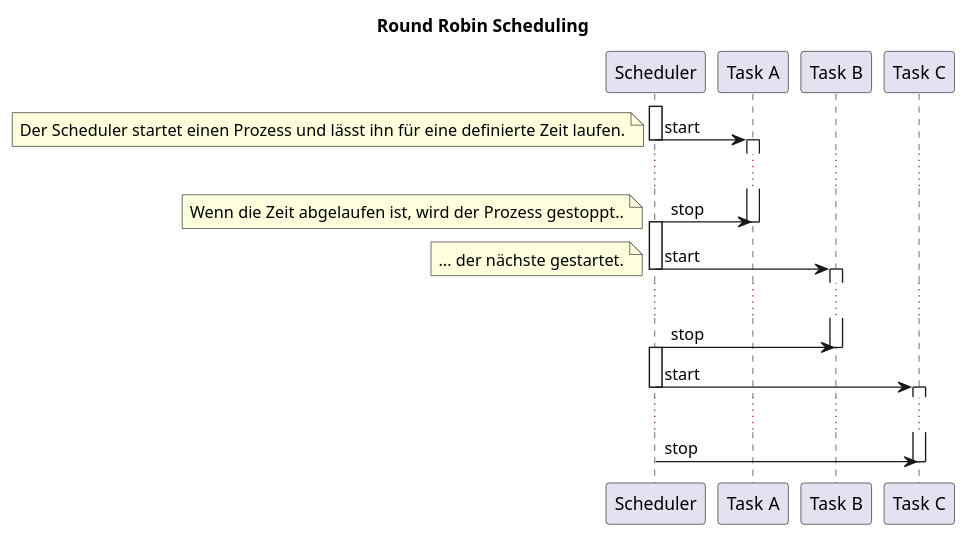
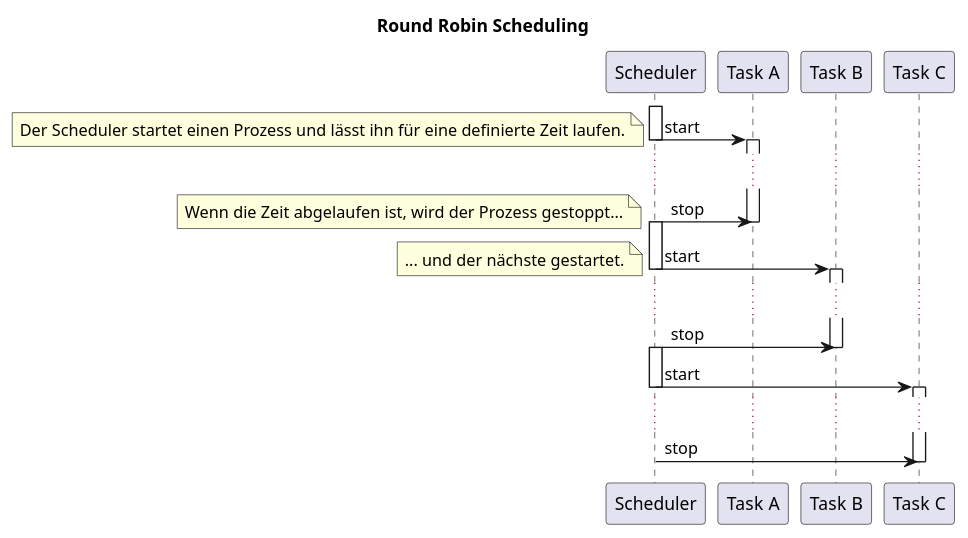
Before and after one commit to fhirter/Microcomputertechnik: the diagram in Diagrams/RoundRobinScheduling.puml, drawn with PlantUML.

```diff
--- a/Diagrams/RoundRobinScheduling.puml
+++ b/Diagrams/RoundRobinScheduling.puml
@@ -1,34 +1,34 @@
 @startuml
 
 title Round Robin Scheduling
 
 activate Scheduler
 Scheduler -> "Task A": start
 note left
 Der Scheduler startet einen Prozess und lässt ihn für eine definierte Zeit laufen.
 end note
 deactivate Scheduler
 activate "Task A"
 ...
 Scheduler -> "Task A": stop
-note left: Wenn die Zeit abgelaufen ist, wird der Prozess gestoppt.. 
+note left: Wenn die Zeit abgelaufen ist, wird der Prozess gestoppt...
 deactivate "Task A"
 
 activate Scheduler
 Scheduler -> "Task B": start
-note left: ... der nächste gestartet.
+note left: ... und der nächste gestartet.
 deactivate Scheduler
 activate "Task B"
 ...
 Scheduler -> "Task B": stop
 deactivate "Task B"
 
 activate Scheduler
 Scheduler -> "Task C": start
 deactivate Scheduler
 activate "Task C"
 ...
 Scheduler -> "Task C": stop
 deactivate "Task C"
 
 @enduml
```
